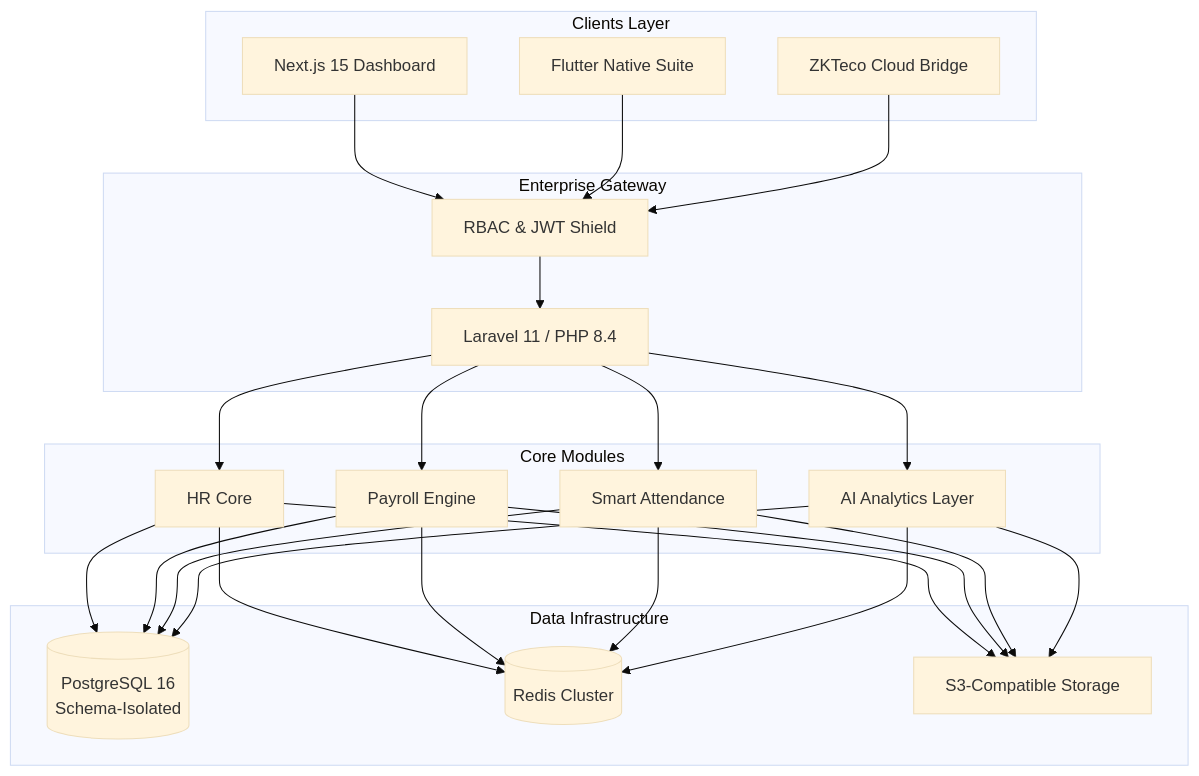
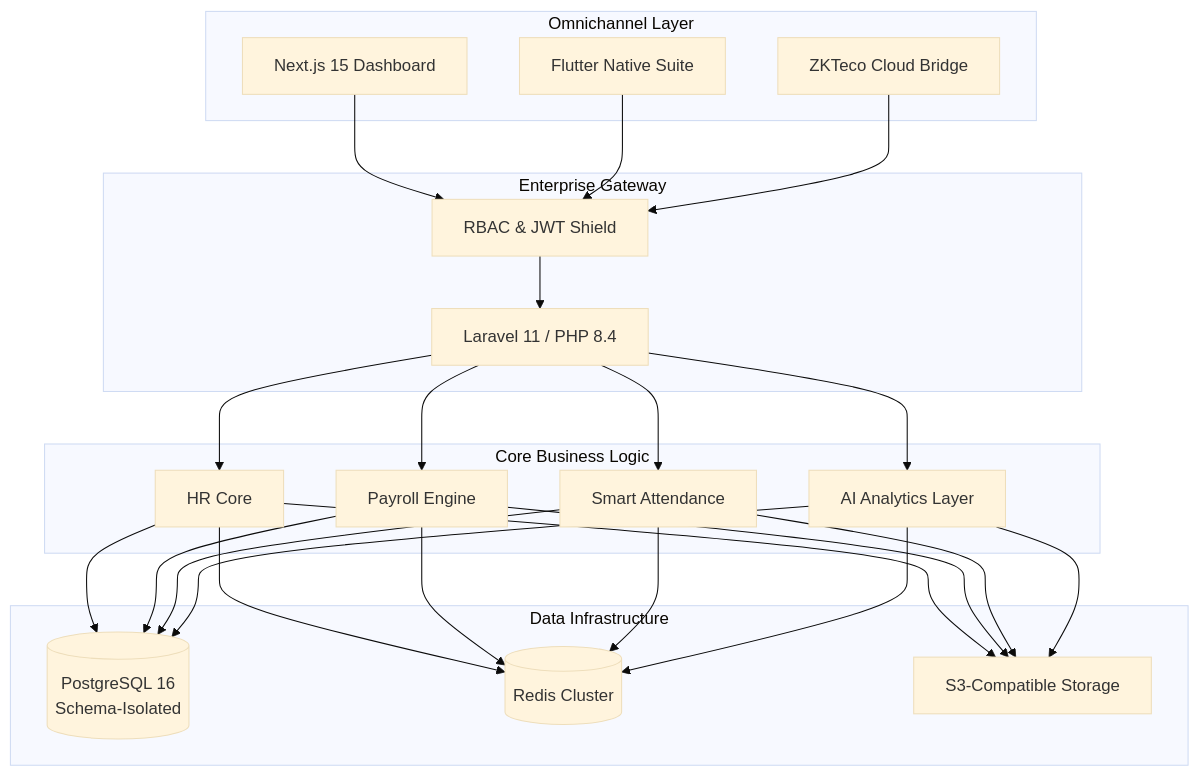
Before and after one commit to kitokoh/leopardo-hr: the diagram in README.md, drawn with Mermaid (base theme). The commit also changed other lines of this file and 25 other files, not shown here.

````diff
--- a/README.md
+++ b/README.md
@@ -67,31 +55,31 @@
 ```mermaid
 graph TB
-    subgraph "Clients Layer"
+    subgraph "Omnichannel Layer"
         Web[Next.js 15 Dashboard]
         Mobile[Flutter Native Suite]
         Kiosk[ZKTeco Cloud Bridge]
     end
 
     subgraph "Enterprise Gateway"
         API[Laravel 11 / PHP 8.4]
         Sec[RBAC & JWT Shield]
     end
 
-    subgraph "Core Modules"
+    subgraph "Core Business Logic"
         HRM[HR Core]
         PAY[Payroll Engine]
         ATT[Smart Attendance]
         AI[AI Analytics Layer]
     end
 
     subgraph "Data Infrastructure"
         DB[(PostgreSQL 16\nSchema-Isolated)]
         Cache[(Redis Cluster)]
         Store[S3-Compatible Storage]
     end
 
     Web & Mobile & Kiosk --> Sec
     Sec --> API
     API --> HRM & PAY & ATT & AI
     HRM & PAY & ATT & AI --> DB & Cache & Store
 ```
````
